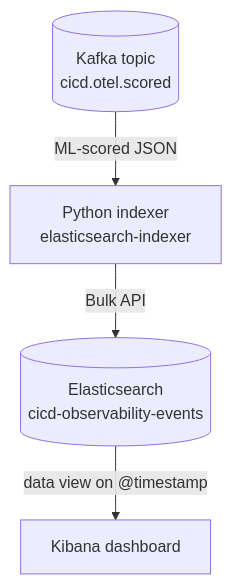
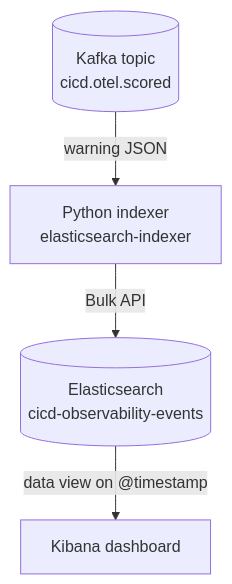
Before and after one commit to Darakuu/CI-CD-Observability-Stream: the diagram in docs/04-Indexing_Elasticsearch.md, drawn with Mermaid. The commit also changed other lines of this file and 11 other files, not shown here.

````diff
--- a/docs/04-Indexing_Elasticsearch.md
+++ b/docs/04-Indexing_Elasticsearch.md
@@ -5,11 +7,11 @@
 ```mermaid
 flowchart TD
     ScoredKafka[("Kafka topic\ncicd.otel.scored")]
     Indexer["Python indexer\nelasticsearch-indexer"]
     Elasticsearch[("Elasticsearch\ncicd-observability-events")]
     Kibana["Kibana dashboard"]
 
-    ScoredKafka -->|"ML-scored JSON"| Indexer
+    ScoredKafka -->|"warning JSON"| Indexer
     Indexer -->|"Bulk API"| Elasticsearch
     Elasticsearch -->|"data view on @timestamp"| Kibana
 ```
````
